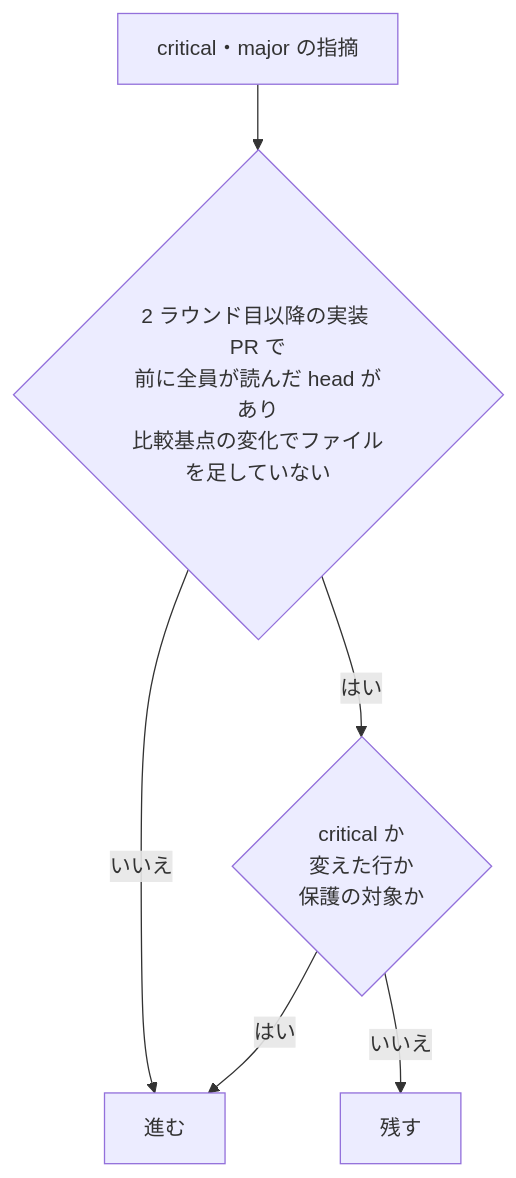
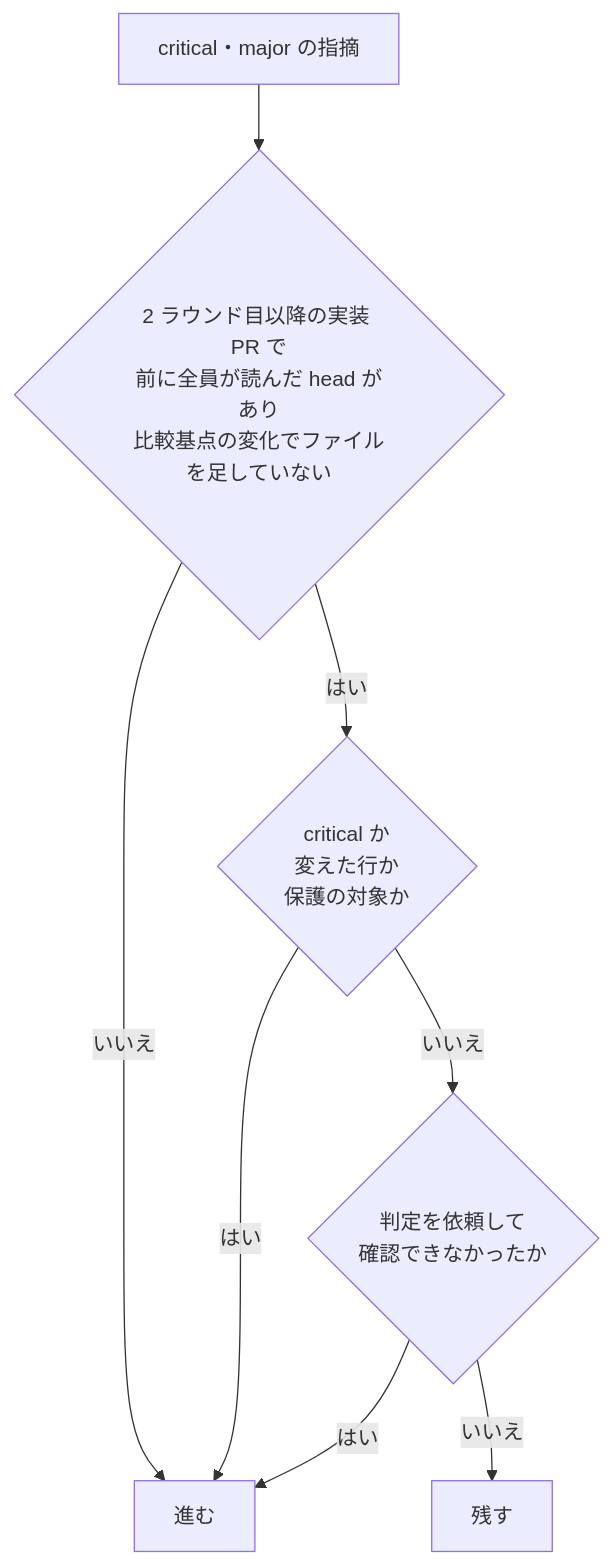
One commit to devbasex/ai-plugins changed the third of 3 diagrams in issues/issue-3780-design.md. Above: the diagram before and after it, drawn with Mermaid. The commit also changed other lines of this file and 2 other files, not shown here.

````diff
--- a/issues/issue-3780-design.md
+++ b/issues/issue-3780-design.md
@@ -190,8 +181,10 @@
 ```mermaid
 flowchart TD
     A[critical・major の指摘] --> B{2 ラウンド目以降の実装 PR で<br>前に全員が読んだ head があり<br>比較基点の変化でファイルを足していない}
     B -->|いいえ| P[進む]
     B -->|はい| C{critical か<br>変えた行か<br>保護の対象か}
     C -->|はい| P
-    C -->|いいえ| Q[残す]
+    C -->|いいえ| D{判定を依頼して<br>確認できなかったか}
+    D -->|はい| P
+    D -->|いいえ| Q[残す]
 ```
````
